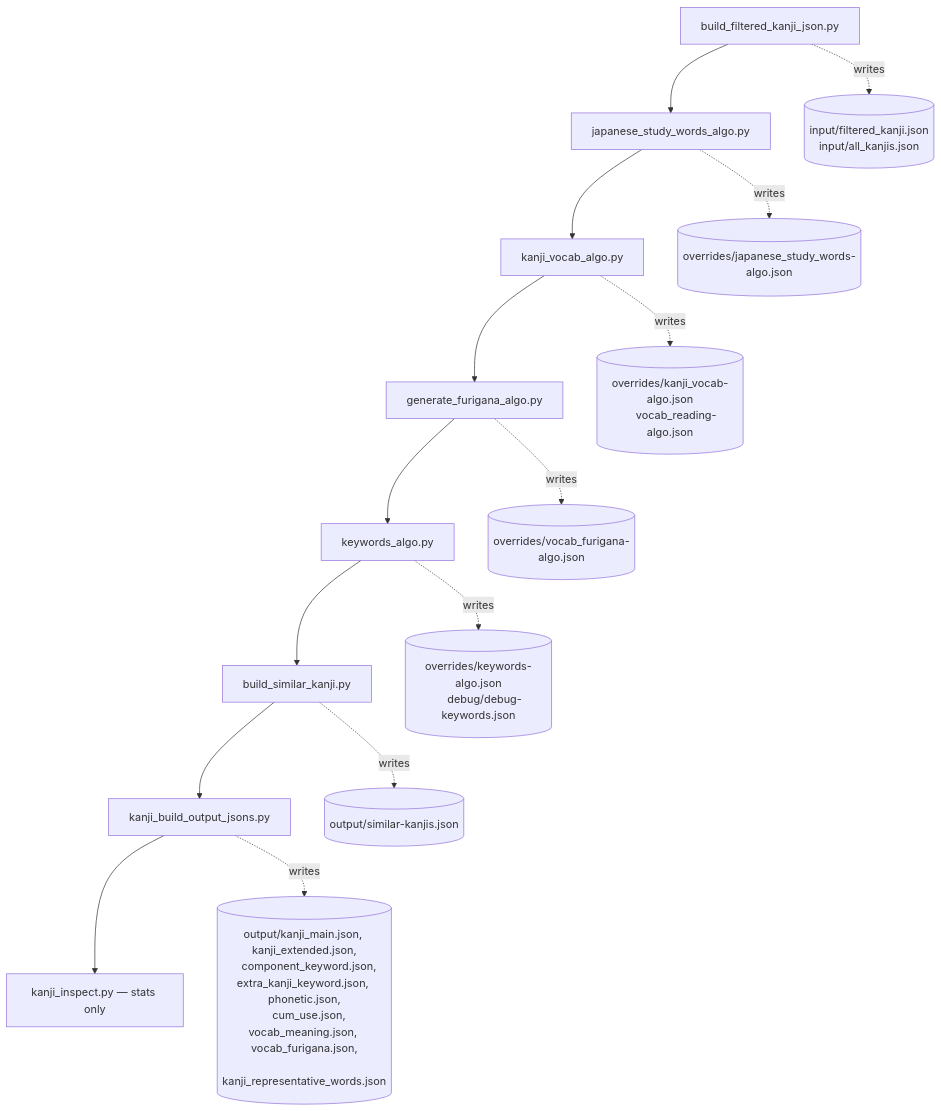
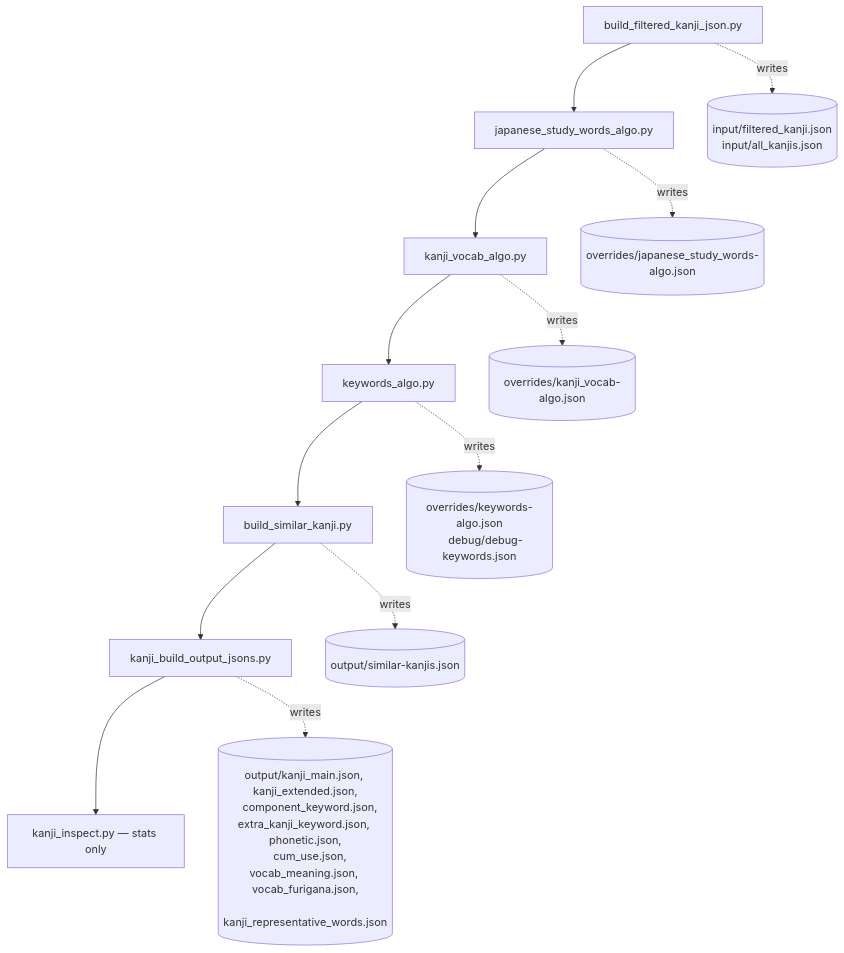
One commit to PikaPikaGems/kanji-heatmap-data changed the first of 8 diagrams in notes/flowchart.md. Above: the diagram before and after it, drawn with Mermaid. The commit also changed other lines of this file and 7 other files, not shown here.

First line of the commit message:
Generate furigana on the fly in the final build.

````diff
--- a/notes/flowchart.md
+++ b/notes/flowchart.md
@@ -25,24 +28,21 @@
 ```mermaid
 flowchart TD
     A[build_filtered_kanji_json.py] --> B[japanese_study_words_algo.py]
     B --> C[kanji_vocab_algo.py]
-    C --> D[generate_furigana_algo.py]
-    D --> E[keywords_algo.py]
+    C --> E[keywords_algo.py]
     E --> F[build_similar_kanji.py]
     F --> G[kanji_build_output_jsons.py]
     G --> H[kanji_inspect.py — stats only]
 
     A -.writes.-> a1[(input/filtered_kanji.json
     input/all_kanjis.json)]
     B -.writes.-> b1[(overrides/japanese_study_words-algo.json)]
-    C -.writes.-> c1[(overrides/kanji_vocab-algo.json
-    vocab_reading-algo.json)]
-    D -.writes.-> d1[(overrides/vocab_furigana-algo.json)]
+    C -.writes.-> c1[(overrides/kanji_vocab-algo.json)]
     E -.writes.-> e1[(overrides/keywords-algo.json
     debug/debug-keywords.json)]
     F -.writes.-> f1[(output/similar-kanjis.json)]
     G -.writes.-> g1[(output/kanji_main.json, kanji_extended.json,
     component_keyword.json, extra_kanji_keyword.json, phonetic.json,
     cum_use.json, vocab_meaning.json, vocab_furigana.json,
     kanji_representative_words.json)]
 ```
````
